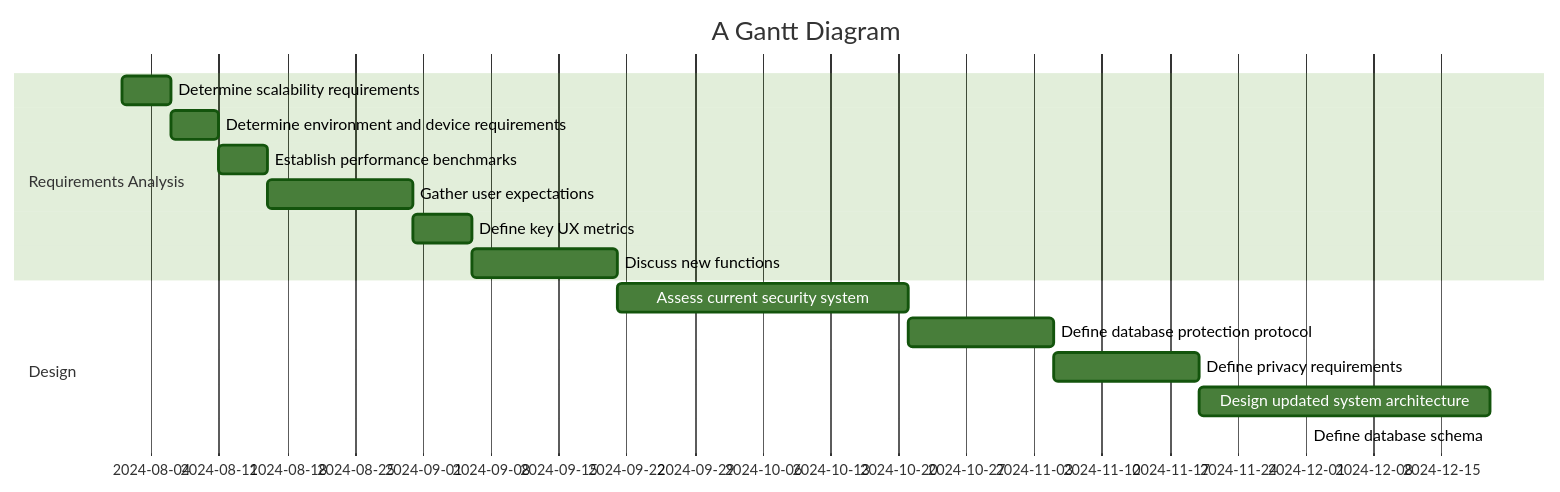
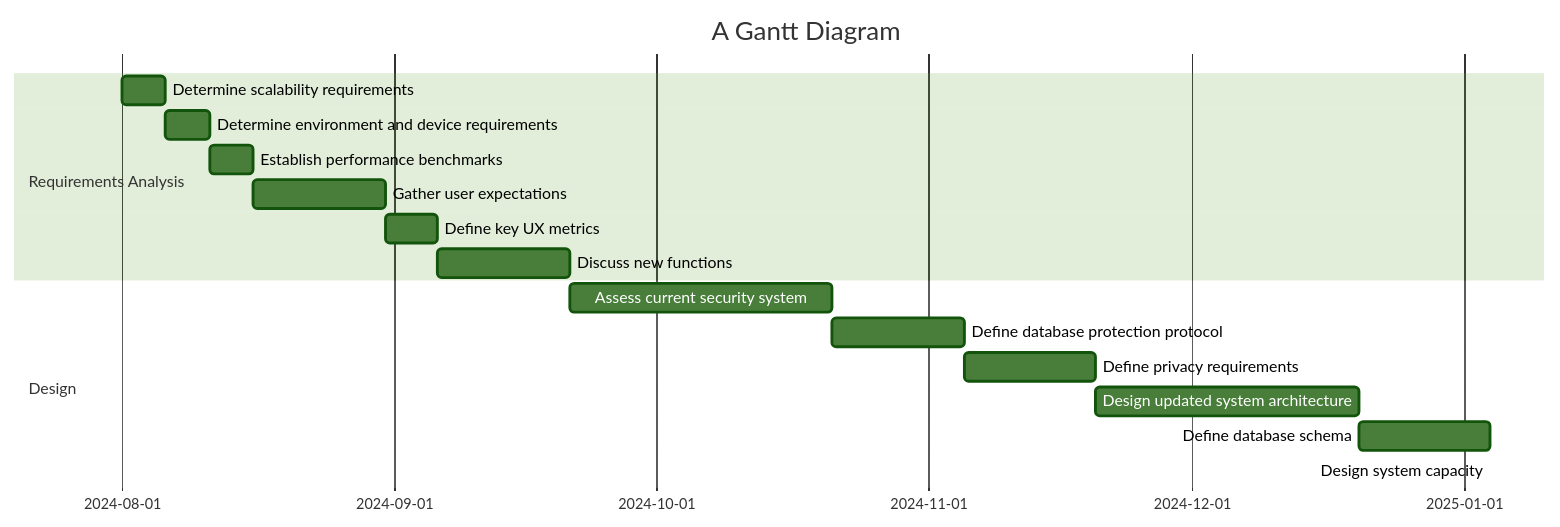
The diagram in all/Untitled.md (sayshelley/iodraw-files), drawn with Mermaid (forest theme) before and after one commit.

Commit message:
2024-10-04 22:41:37 update

````diff
--- a/all/Untitled.md
+++ b/all/Untitled.md
@@ -1,22 +1,23 @@
 ```mermaid
 gantt
     title A Gantt Diagram
     dateFormat  YYYY-MM-DD
     section Requirements Analysis
     Determine scalability requirements :a1, 2024-08-01, 5d
     Determine environment and device requirements :a2, after a1, 5d
     Establish performance benchmarks: a3, after a2, 5d
     Gather user expectations: a4, after a3, 15d
     Define key UX metrics : a5, after a4, 6d
     Discuss new functions: a6, after a5, 15d
     section Design
     Assess current security system:b1, after a6, 30d
     Define database protection protocol: b2, after b1, 15d
     Define privacy requirements: b3, after b2, 15d
     Design updated system architecture: b4, after b3, 30d
-    Define database schema: b5, after b4, 
+    Define database schema: b5, after b4, 15d
+    Design system capacity: 
     
 
 
    
 ```
````
